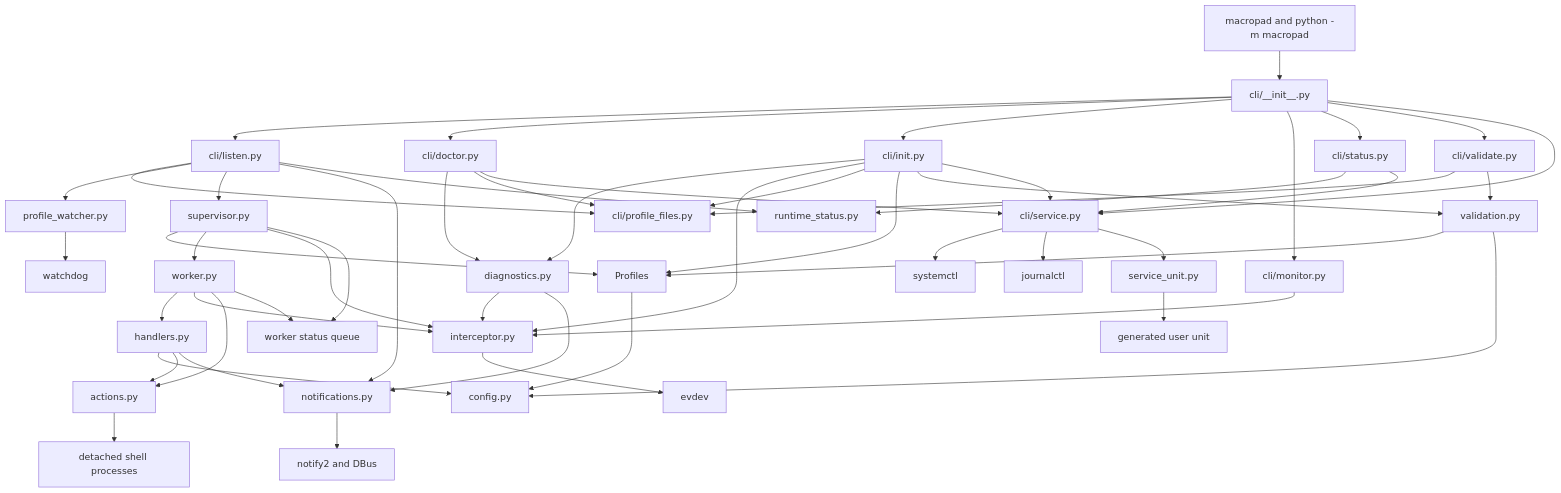
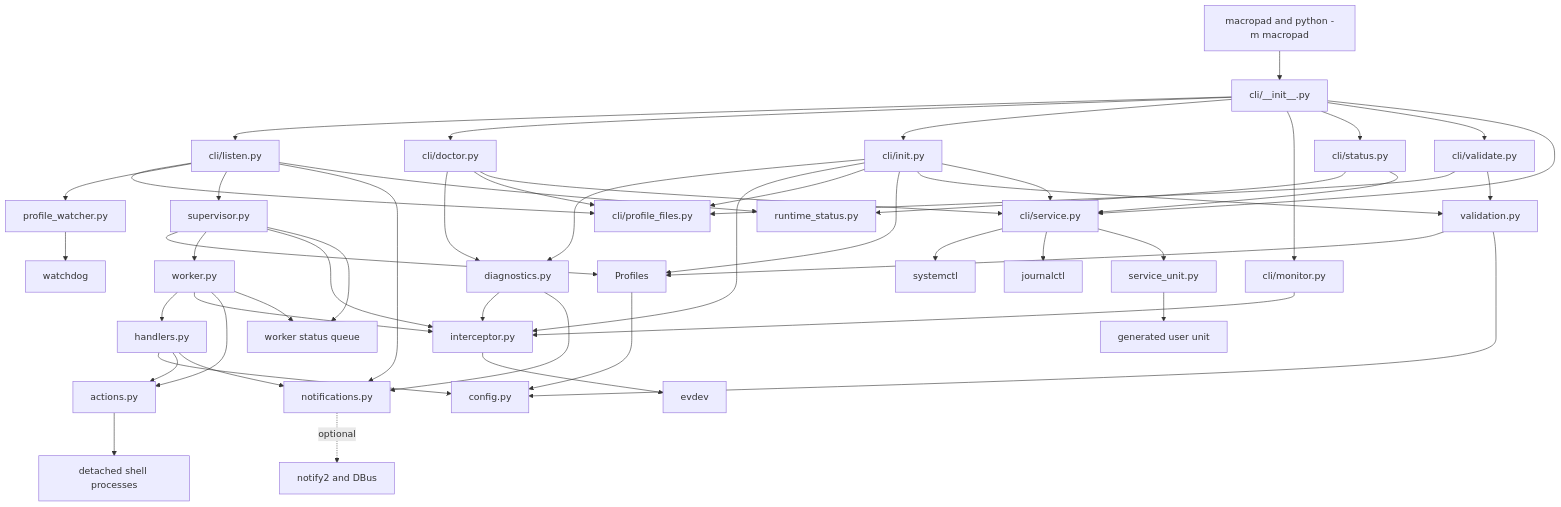
Before and after one commit to rafaelglikis/macropad: the first of 4 diagrams in src/macropad/README.md, drawn with Mermaid. The commit also changed other lines of this file and 22 other files, not shown here.

Commit message:
Make desktop notifications optional

````diff
--- a/src/macropad/README.md
+++ b/src/macropad/README.md
@@ -42,64 +42,64 @@
 ```mermaid
 flowchart TD
     Entrypoints[macropad and python -m macropad] --> CLI[cli/__init__.py]
     CLI --> Listen[cli/listen.py]
     CLI --> Doctor[cli/doctor.py]
     CLI --> Init[cli/init.py]
     CLI --> Monitor[cli/monitor.py]
     CLI --> Status[cli/status.py]
     CLI --> ValidateCommand[cli/validate.py]
     CLI --> Service[cli/service.py]
 
     Listen --> ProfileFiles[cli/profile_files.py]
     Listen --> ProfileWatcher[profile_watcher.py]
     Listen --> Supervisor[supervisor.py]
     Listen --> Notifications[notifications.py]
     Listen --> RuntimeStatus[runtime_status.py]
 
     Doctor --> Diagnostics[diagnostics.py]
     Doctor --> ProfileFiles
     Doctor --> Service
     Diagnostics --> Interceptor[interceptor.py]
     Diagnostics --> Notifications
 
     Init --> Diagnostics
     Init --> Interceptor
     Init --> ProfileFiles
     Init --> Profiles
     Init --> Validation
     Init --> Service
 
     Monitor --> Interceptor
     Status --> RuntimeStatus
     Status --> Service
 
     ValidateCommand --> ProfileFiles
     ValidateCommand --> Validation[validation.py]
 
     Supervisor --> Profiles
     Supervisor --> Worker[worker.py]
     Supervisor --> Interceptor
 
     Validation --> Profiles
     Validation --> Config
     Profiles --> Config[config.py]
     ProfileWatcher --> Watchdog[watchdog]
     Service --> Systemd[systemctl]
     Service --> Journal[journalctl]
     Service --> ServiceUnit[service_unit.py]
     ServiceUnit --> UnitFile[generated user unit]
 
     Worker --> Handler[handlers.py]
     Worker --> Interceptor
     Worker --> Actions
     Worker --> StatusQueue[worker status queue]
     Supervisor --> StatusQueue
 
     Handler --> Config
     Handler --> Actions[actions.py]
     Handler --> Notifications
 
     Interceptor --> Evdev[evdev]
     Actions --> Shell[detached shell processes]
-    Notifications --> Notify2[notify2 and DBus]
+    Notifications -. optional .-> Notify2[notify2 and DBus]
 ```
````
